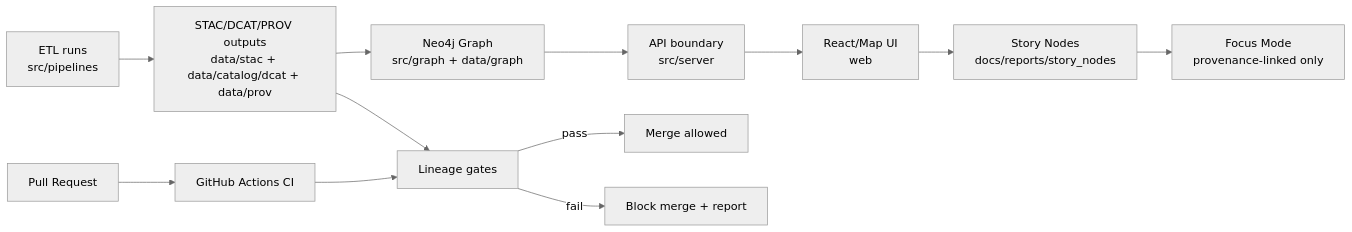
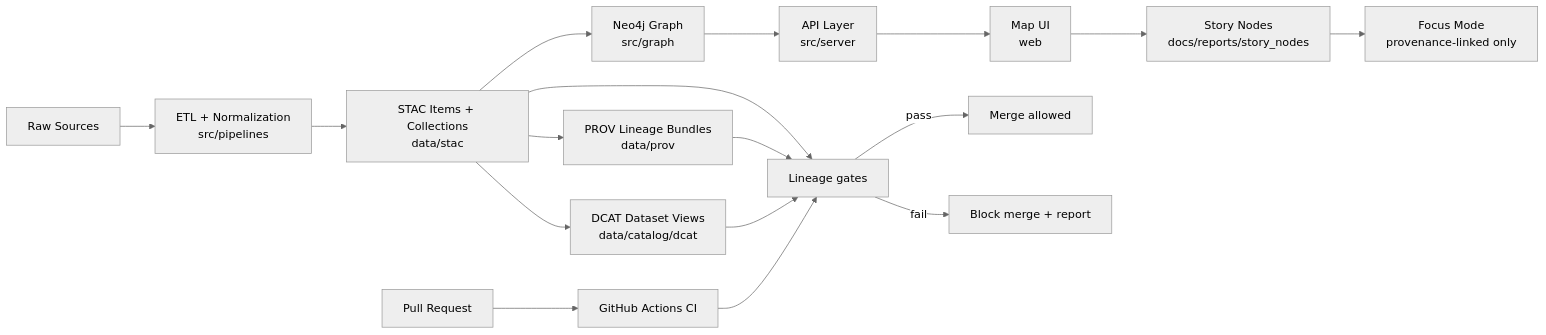
The first of 2 diagrams in .github/lineage/README.md (bartytime4life/Kansas-Frontier-Matrix), drawn with Mermaid (neutral theme) before and after one commit. The commit also changed other lines of this file, not shown here.

```diff
--- a/.github/lineage/README.md
+++ b/.github/lineage/README.md
@@ -215,16 +216,22 @@
 ~~~mermaid
 flowchart LR
-  A[ETL runs<br/>src/pipelines] --> B[STAC/DCAT/PROV outputs<br/>data/stac + data/catalog/dcat + data/prov]
-  B --> C[Neo4j Graph<br/>src/graph + data/graph]
-  C --> D[API boundary<br/>src/server]
-  D --> E[React/Map UI<br/>web]
-  E --> F[Story Nodes<br/>docs/reports/story_nodes]
-  F --> G[Focus Mode<br/>provenance-linked only]
+  A[Raw Sources] --> B[ETL + Normalization<br/>src/pipelines]
+  B --> C[STAC Items + Collections<br/>data/stac]
+  C --> D[DCAT Dataset Views<br/>data/catalog/dcat]
+  C --> E[PROV Lineage Bundles<br/>data/prov]
+
+  C --> G[Neo4j Graph<br/>src/graph]
+  G --> H[API Layer<br/>src/server]
+  H --> I[Map UI<br/>web]
+  I --> J[Story Nodes<br/>docs/reports/story_nodes]
+  J --> K[Focus Mode<br/>provenance-linked only]
 
   PR[Pull Request] --> CI[GitHub Actions CI]
   CI --> L[Lineage gates]
   L -->|pass| M[Merge allowed]
   L -->|fail| X[Block merge + report]
 
-  B --> L
+  D --> L
+  E --> L
+  C --> L
 ~~~
```
